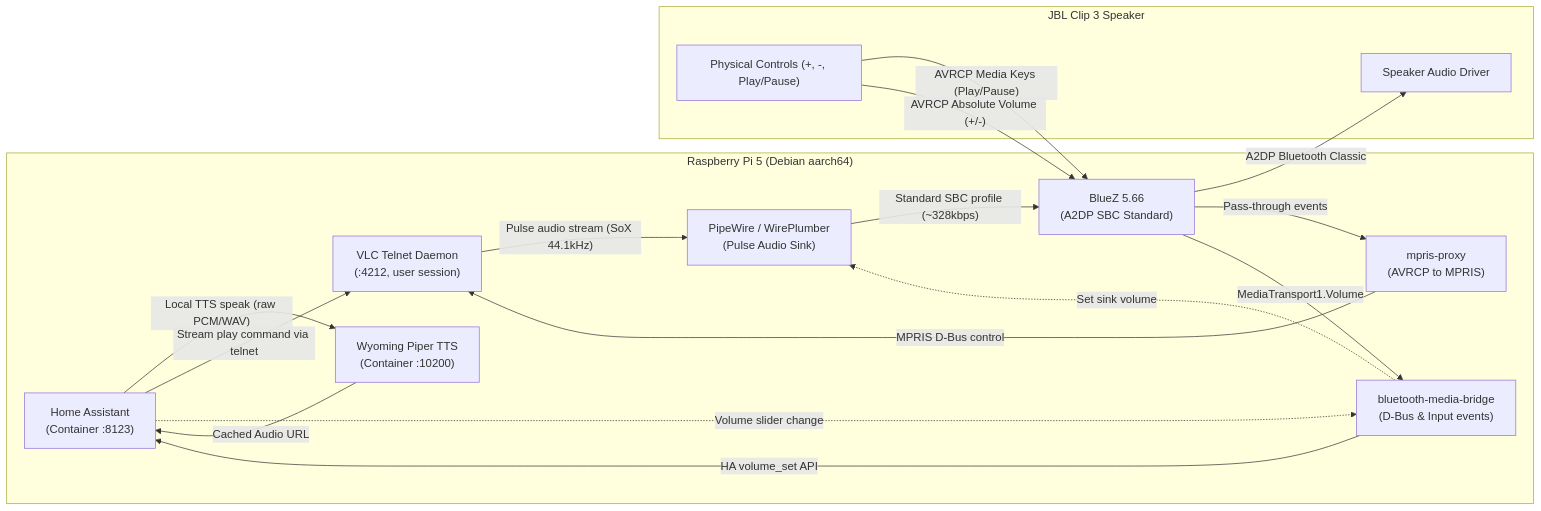
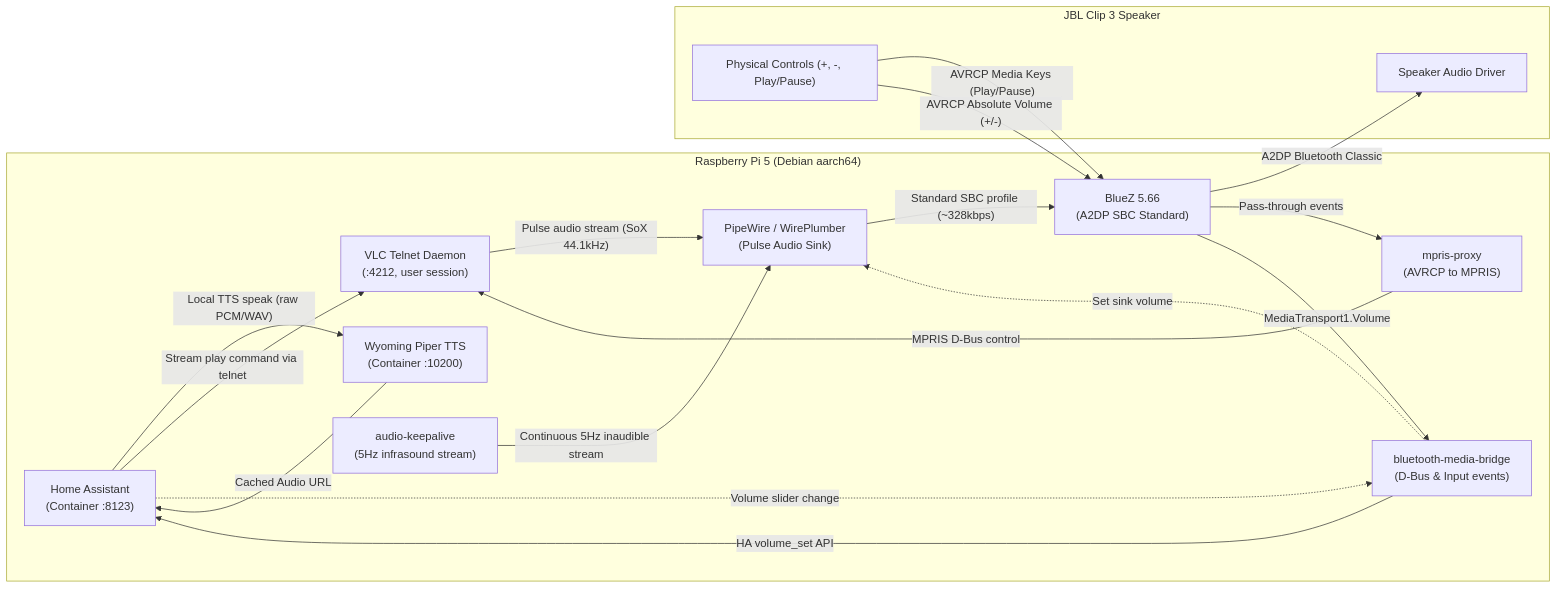
One commit to joshuaj03/Home-Server changed the diagram in README.md. Above: the diagram before and after it, drawn with Mermaid. The commit also changed other lines of this file and 3 other files, not shown here.

Commit message:
feat(audio): add inaudible keep-alive daemon to prevent speaker auto-standby

````diff
--- a/README.md
+++ b/README.md
@@ -432,34 +435,36 @@
 ```mermaid
 flowchart LR
     subgraph Host["Raspberry Pi 5 (Debian aarch64)"]
         HA["Home Assistant<br/>(Container :8123)"]
         Piper["Wyoming Piper TTS<br/>(Container :10200)"]
         VLC["VLC Telnet Daemon<br/>(:4212, user session)"]
+        KeepAlive["audio-keepalive<br/>(5Hz infrasound stream)"]
         PW["PipeWire / WirePlumber<br/>(Pulse Audio Sink)"]
         Bridge["bluetooth-media-bridge<br/>(D-Bus & Input events)"]
         MPRIS["mpris-proxy<br/>(AVRCP to MPRIS)"]
         BlueZ["BlueZ 5.66<br/>(A2DP SBC Standard)"]
     end
 
     subgraph Speaker["JBL Clip 3 Speaker"]
         Driver["Speaker Audio Driver"]
         Buttons["Physical Controls (+, -, Play/Pause)"]
     end
 
     HA -->|"Local TTS speak (raw PCM/WAV)"| Piper
     Piper -->|"Cached Audio URL"| HA
     HA -->|"Stream play command via telnet"| VLC
     VLC -->|"Pulse audio stream (SoX 44.1kHz)"| PW
+    KeepAlive -->|"Continuous 5Hz inaudible stream"| PW
     PW -->|"Standard SBC profile (~328kbps)"| BlueZ
     BlueZ -->|"A2DP Bluetooth Classic"| Driver
 
     Buttons -->|"AVRCP Media Keys (Play/Pause)"| BlueZ
     BlueZ -->|"Pass-through events"| MPRIS
     MPRIS -->|"MPRIS D-Bus control"| VLC
 
     Buttons -->|"AVRCP Absolute Volume (+/-)"| BlueZ
     BlueZ -->|"MediaTransport1.Volume"| Bridge
     Bridge -->|"HA volume_set API"| HA
     HA -.->|"Volume slider change"| Bridge
     Bridge -.->|"Set sink volume"| PW
 ```
````
